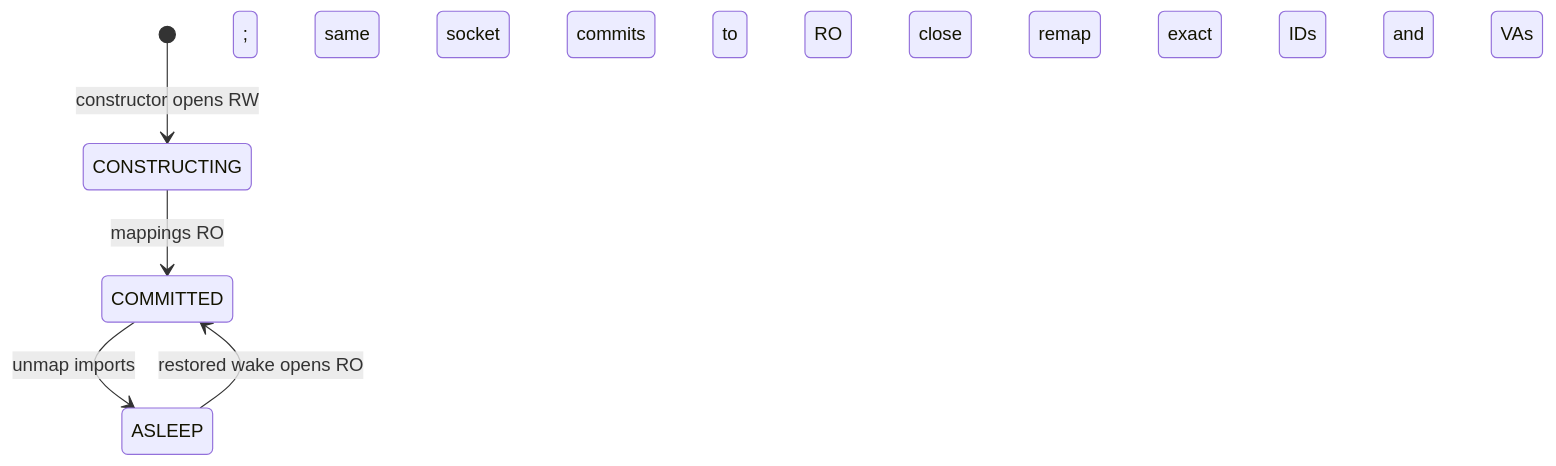
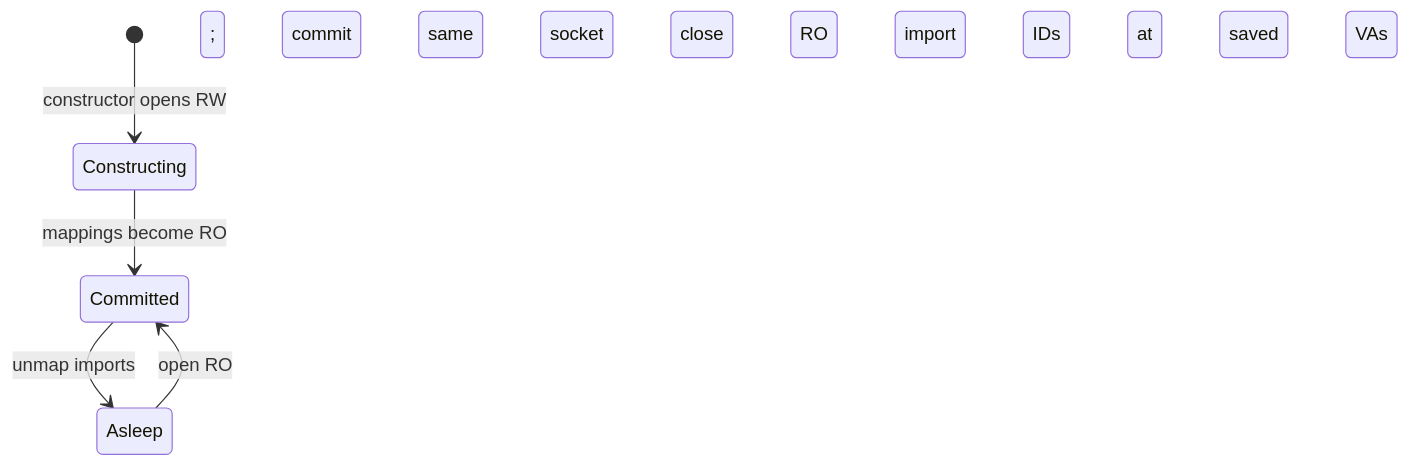
One commit to ai-dynamo/dynamo changed the second of 2 diagrams in lib/gpu_memory_service/v1/README.md. Above: the diagram before and after it, drawn with Mermaid. The commit also changed other lines of this file and 7 other files, not shown here.

Commit message:
test(gms): keep focused v1 coverage and architecture docs

````diff
--- a/lib/gpu_memory_service/v1/README.md
+++ b/lib/gpu_memory_service/v1/README.md
@@ -94,7 +64,7 @@
 ```mermaid
 stateDiagram-v2
-    [*] --> CONSTRUCTING: constructor opens RW
-    CONSTRUCTING --> COMMITTED: mappings RO; same socket commits to RO
-    COMMITTED --> ASLEEP: unmap imports; close RO
-    ASLEEP --> COMMITTED: restored wake opens RO; remap exact IDs and VAs
+    [*] --> Constructing: constructor opens RW
+    Constructing --> Committed: mappings become RO; commit same socket
+    Committed --> Asleep: unmap imports; close RO socket
+    Asleep --> Committed: open RO; import IDs at saved VAs
 ```
````
